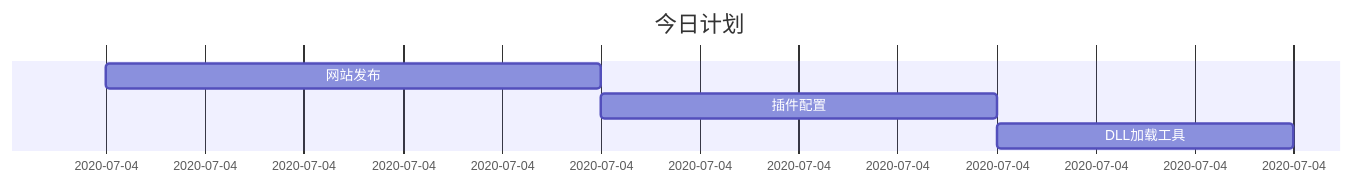
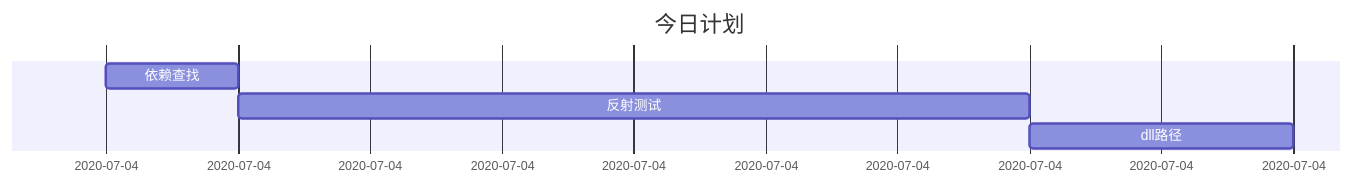
The second of 2 diagrams in Plan.md (luotianqi777/Notebook), drawn with Mermaid before and after one commit. The commit also changed other lines of this file and 1 other file, not shown here.

````diff
--- a/Plan.md
+++ b/Plan.md
@@ -20,8 +20,8 @@
 ```mermaid
 gantt
 dateFormat  HH:mm
 title 今日计划
-网站发布: 09:00, 14:00
-插件配置: 14:00, 18:00
-DLL加载工具: 18:00, 21:00
+依赖查找: 09:00, 10:00
+反射测试: 10:00, 16:00
+dll路径: 16:00, 18:00
 ```
````
